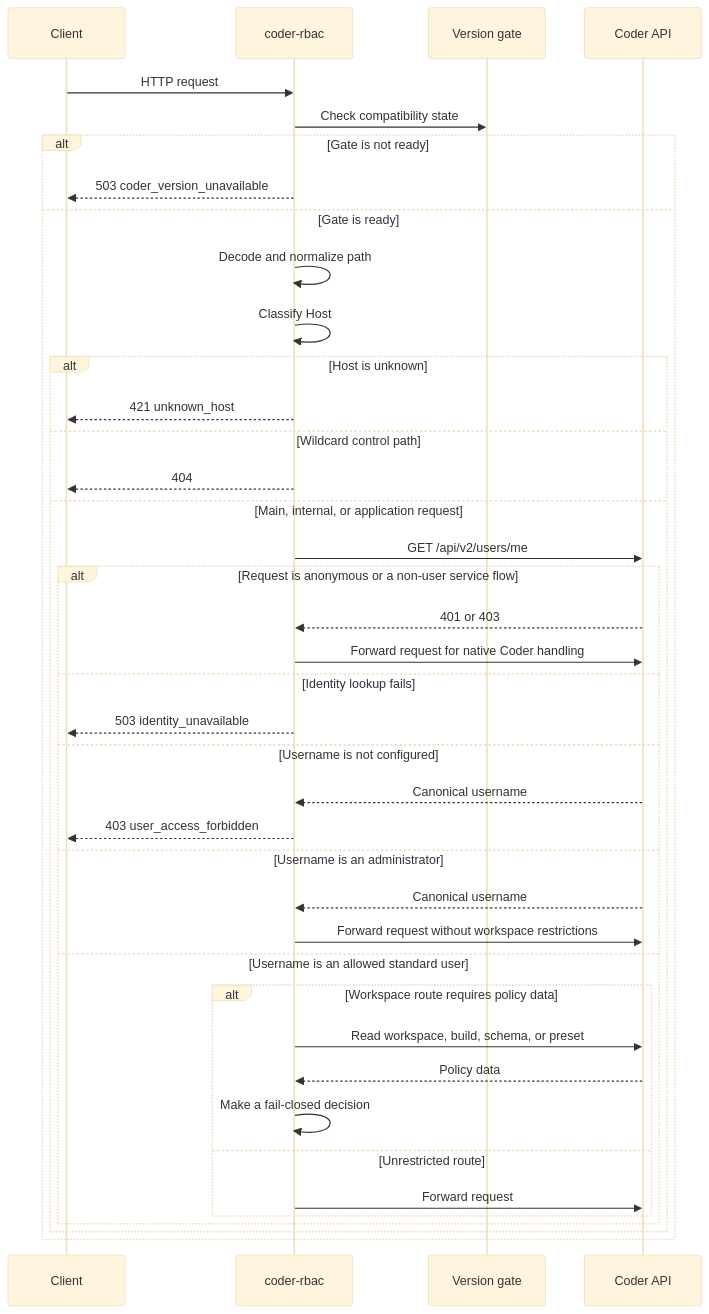
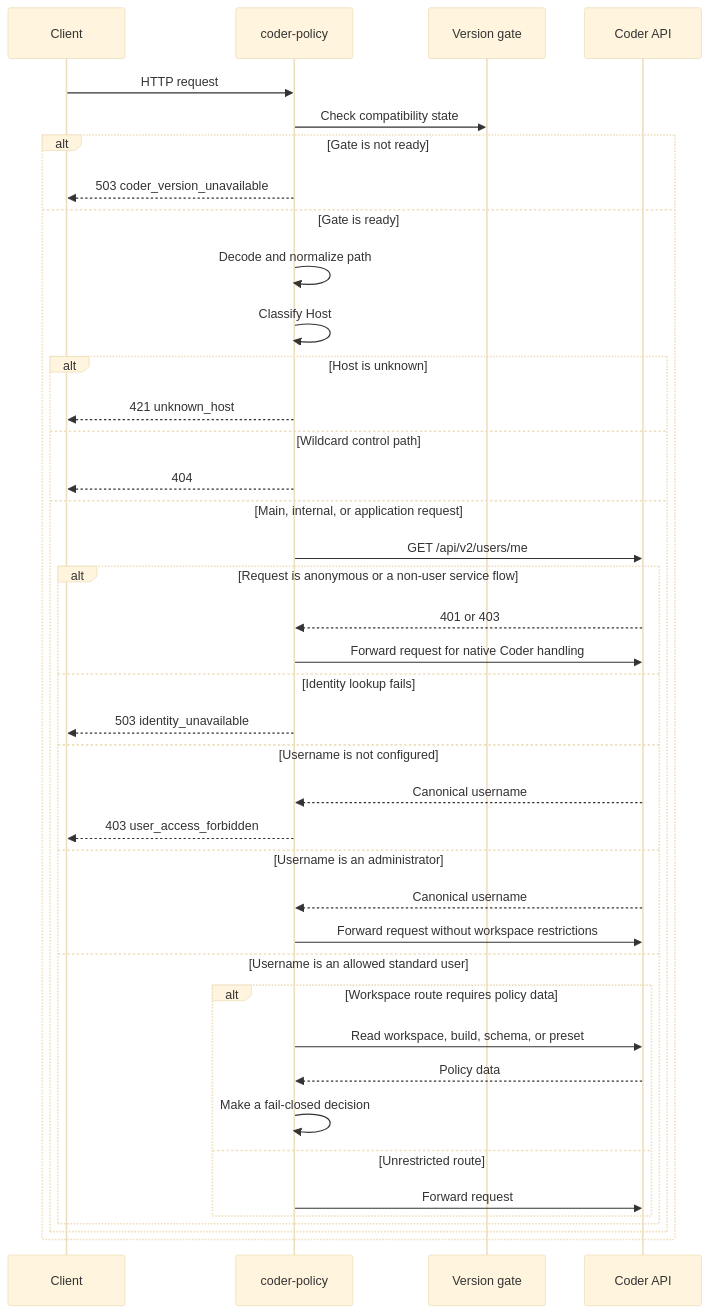
One commit to thomas-illiet/coder-rbac changed the second of 3 diagrams in docs/architecture.md. Above: the diagram before and after it, drawn with Mermaid (base theme). The commit also changed other lines of this file and 64 other files, not shown here.

Commit message:
refactor: rename project to coder-policy

````diff
--- a/docs/architecture.md
+++ b/docs/architecture.md
@@ -83,43 +83,43 @@
 ```mermaid
 sequenceDiagram
     participant Client
-    participant Proxy as coder-rbac
+    participant Proxy as coder-policy
     participant Gate as Version gate
     participant API as Coder API
 
     Client->>Proxy: HTTP request
     Proxy->>Gate: Check compatibility state
     alt Gate is not ready
         Proxy-->>Client: 503 coder_version_unavailable
     else Gate is ready
         Proxy->>Proxy: Decode and normalize path
         Proxy->>Proxy: Classify Host
         alt Host is unknown
             Proxy-->>Client: 421 unknown_host
         else Wildcard control path
             Proxy-->>Client: 404
         else Main, internal, or application request
             Proxy->>API: GET /api/v2/users/me
             alt Request is anonymous or a non-user service flow
                 API-->>Proxy: 401 or 403
                 Proxy->>API: Forward request for native Coder handling
             else Identity lookup fails
                 Proxy-->>Client: 503 identity_unavailable
             else Username is not configured
                 API-->>Proxy: Canonical username
                 Proxy-->>Client: 403 user_access_forbidden
             else Username is an administrator
                 API-->>Proxy: Canonical username
                 Proxy->>API: Forward request without workspace restrictions
             else Username is an allowed standard user
                 alt Workspace route requires policy data
                     Proxy->>API: Read workspace, build, schema, or preset
                     API-->>Proxy: Policy data
                     Proxy->>Proxy: Make a fail-closed decision
                 else Unrestricted route
                     Proxy->>API: Forward request
                 end
             end
         end
     end
 ```
````
